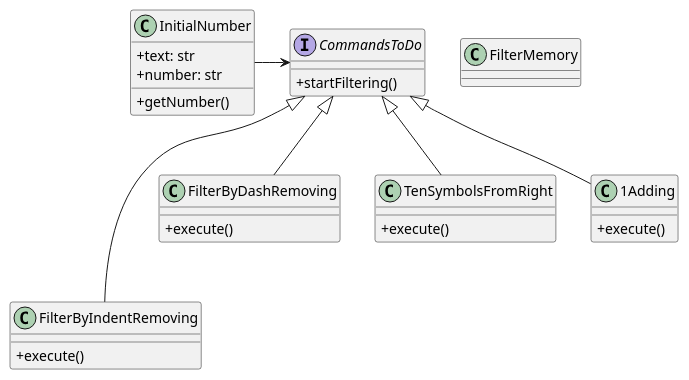
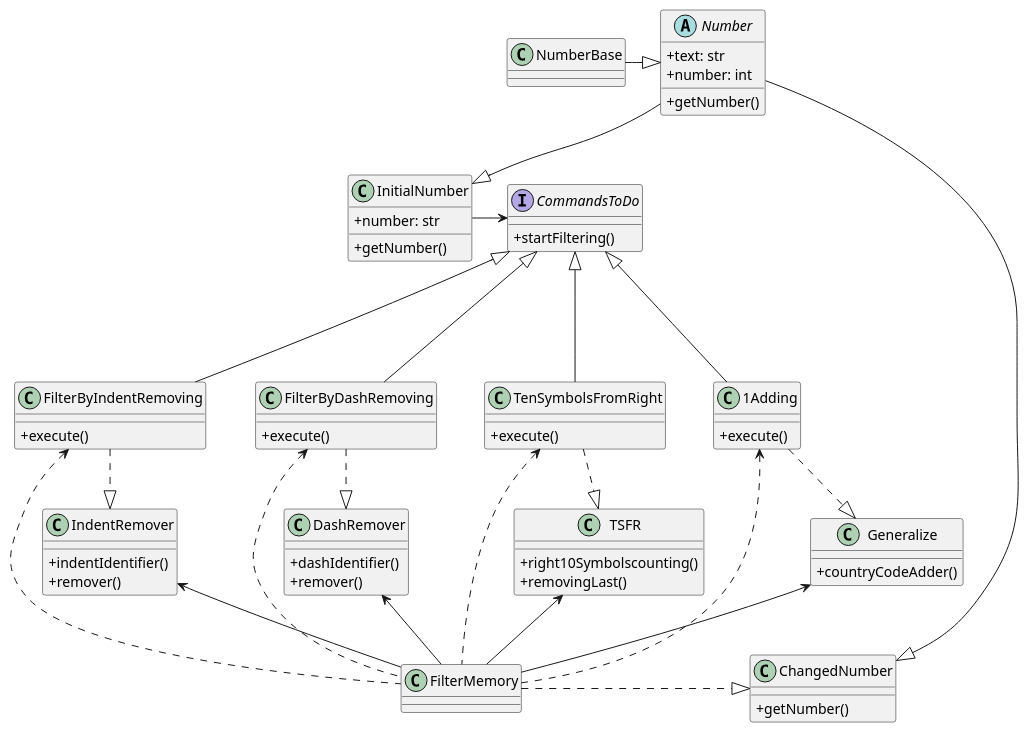
One commit to imamMahdiIsComing/forFIS changed the diagram in Sequence.puml. Above: the diagram before and after it, drawn with PlantUML.

Commit message:
All dependencies are exposed~

```diff
--- a/Sequence.puml
+++ b/Sequence.puml
@@ -1,33 +1,80 @@
 @startuml
 skinparam classAttributeIconSize 0
+abstract Number {
++text: str
++number: int
++getNumber()
+}
 class InitialNumber {
-+text: str
 +number: str
 +getNumber()
 }
-
+class ChangedNumber {
++getNumber()
+}
+class NumberBase {
+}
 interface CommandsToDo {
 +startFiltering()
 }
 class FilterMemory
 
 class FilterByIndentRemoving {
 +execute()
 }
 class FilterByDashRemoving {
 +execute()
 }
 class TenSymbolsFromRight {
 +execute()
 }
 class 1Adding {
 +execute()
 }
 
+class IndentRemover {
++indentIdentifier()
++remover()
+}
+
+class DashRemover {
++dashIdentifier()
++remover()
+}
+
+class TSFR {
++right10Symbolscounting()
++removingLast()
+}
+
+class Generalize {
++countryCodeAdder()
+}
+
 InitialNumber -> CommandsToDo
+NumberBase -|> Number
+Number --|> InitialNumber
+Number --|> ChangedNumber
+
 CommandsToDo <|--- FilterByIndentRemoving
 CommandsToDo <|-- FilterByDashRemoving
 CommandsToDo <|-- TenSymbolsFromRight
 CommandsToDo <|-- 1Adding
 
+IndentRemover <-- FilterMemory
+DashRemover <-- FilterMemory
+TSFR <-- FilterMemory
+Generalize <-- FilterMemory
+
+FilterByIndentRemoving ..|> IndentRemover
+FilterByDashRemoving ..|> DashRemover
+TenSymbolsFromRight ..|> TSFR
+1Adding ..|> Generalize
+
+FilterByIndentRemoving <.. FilterMemory
+FilterByDashRemoving <.. FilterMemory
+TenSymbolsFromRight <.. FilterMemory
+1Adding <.. FilterMemory
+
+FilterMemory .|> ChangedNumber
 @enduml
```
